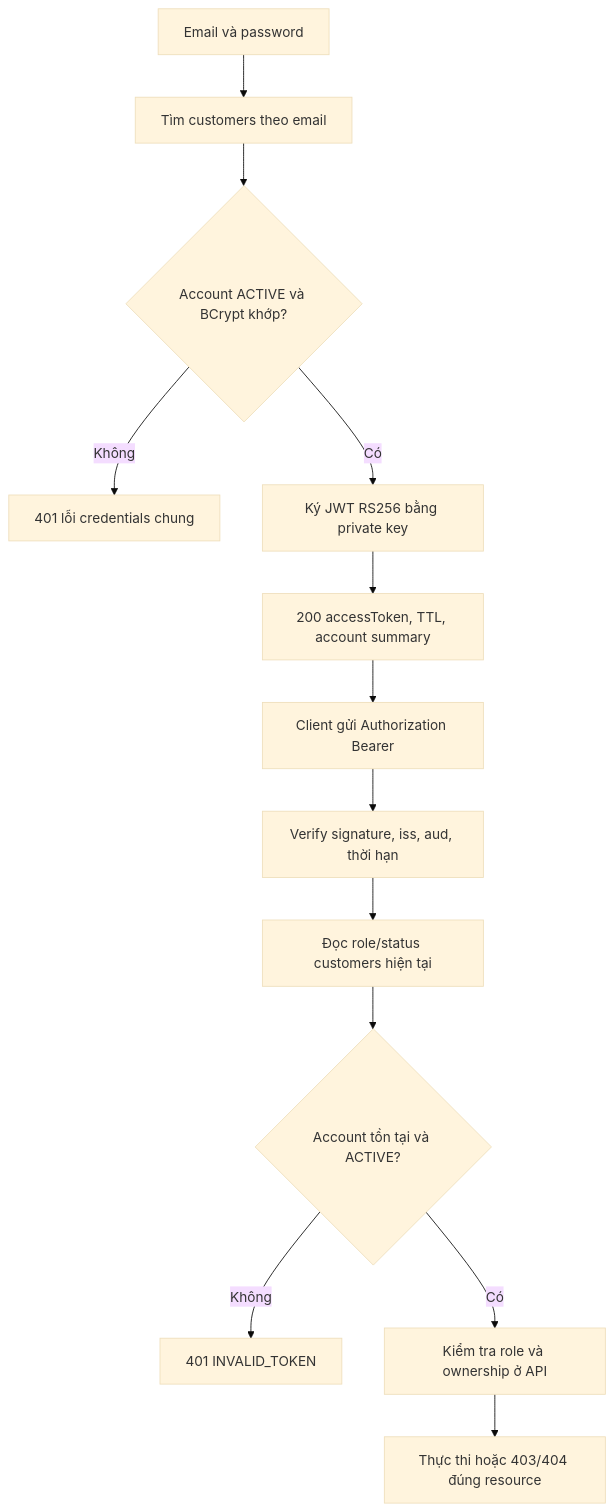
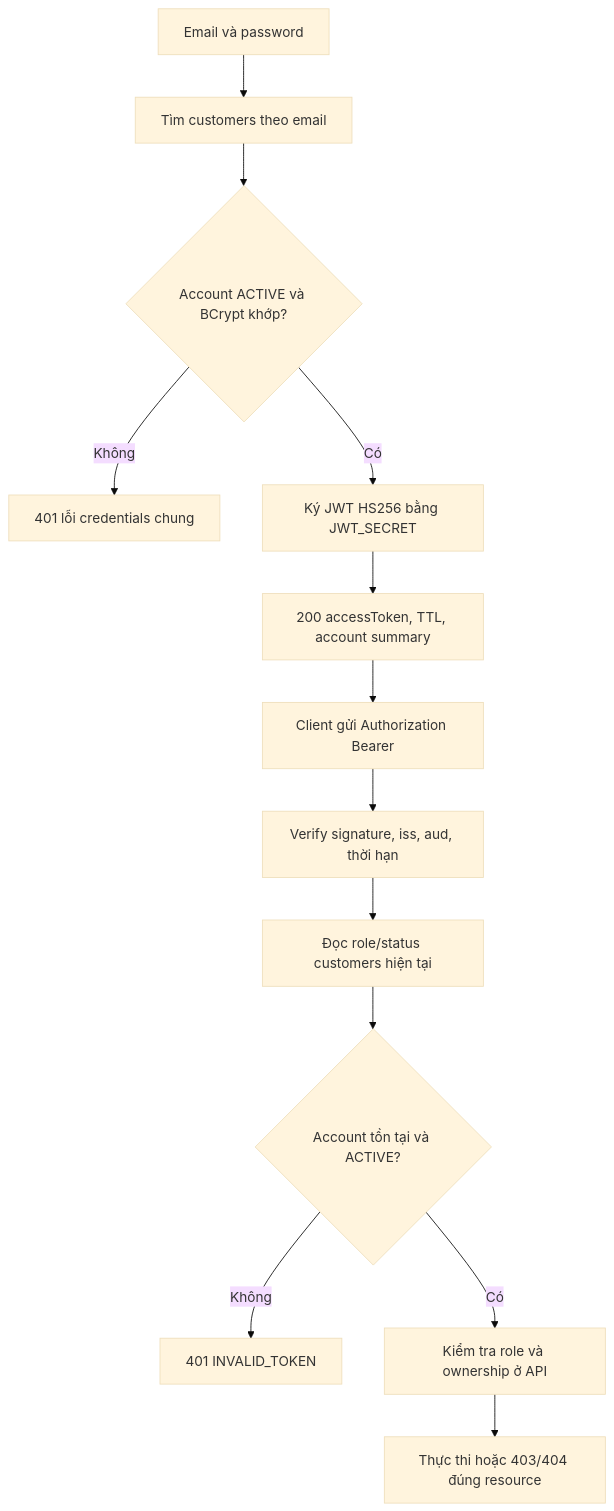
One commit to Tinh-Minh/SBA301 changed the fourth of 12 diagrams in docs/21_FUNCTION_1_FLOWS.md. Above: the diagram before and after it, drawn with Mermaid (base theme). The commit also changed other lines of this file and 7 other files, not shown here.

````diff
--- a/docs/21_FUNCTION_1_FLOWS.md
+++ b/docs/21_FUNCTION_1_FLOWS.md
@@ -53,15 +53,15 @@
 ```mermaid
 flowchart TD
   A[Email và password] --> B[Tìm customers theo email]
   B --> C{Account ACTIVE và BCrypt khớp?}
   C -->|Không| D[401 lỗi credentials chung]
-  C -->|Có| E[Ký JWT RS256 bằng private key]
+  C -->|Có| E[Ký JWT HS256 bằng JWT_SECRET]
   E --> F[200 accessToken, TTL, account summary]
   F --> G[Client gửi Authorization Bearer]
   G --> H[Verify signature, iss, aud, thời hạn]
   H --> I[Đọc role/status customers hiện tại]
   I --> J{Account tồn tại và ACTIVE?}
   J -->|Không| K[401 INVALID_TOKEN]
   J -->|Có| L[Kiểm tra role và ownership ở API]
   L --> M[Thực thi hoặc 403/404 đúng resource]
 ```
````
